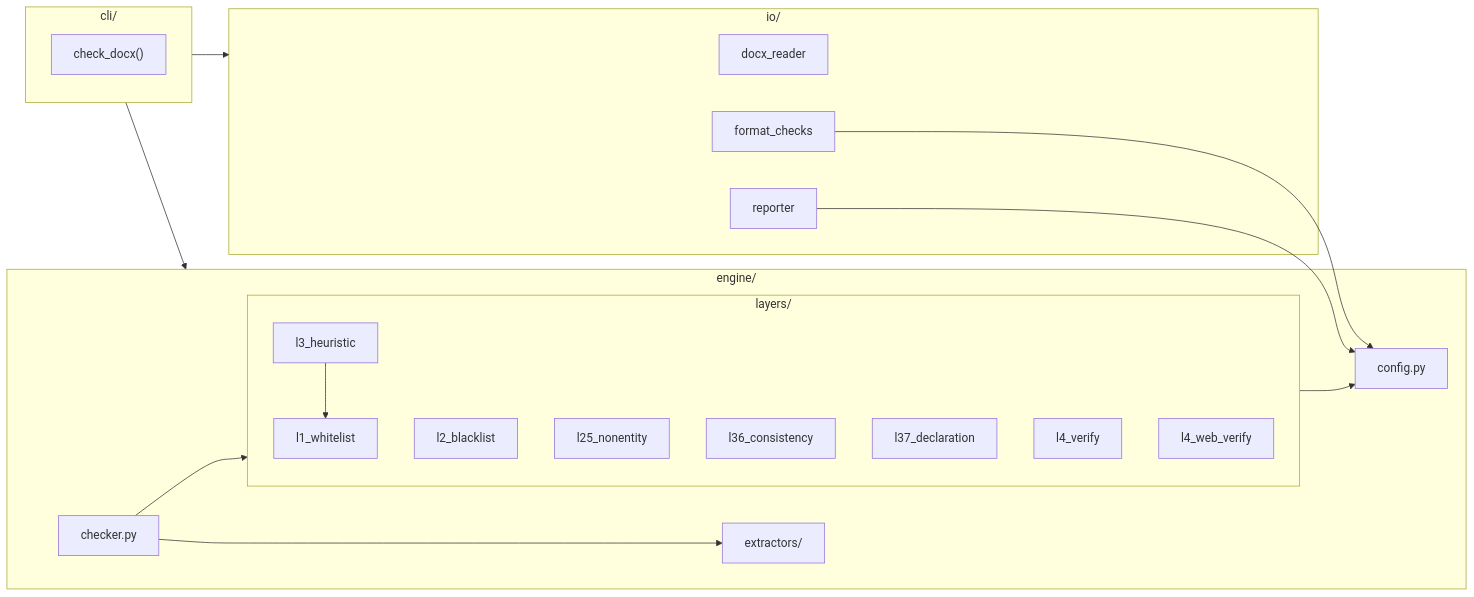
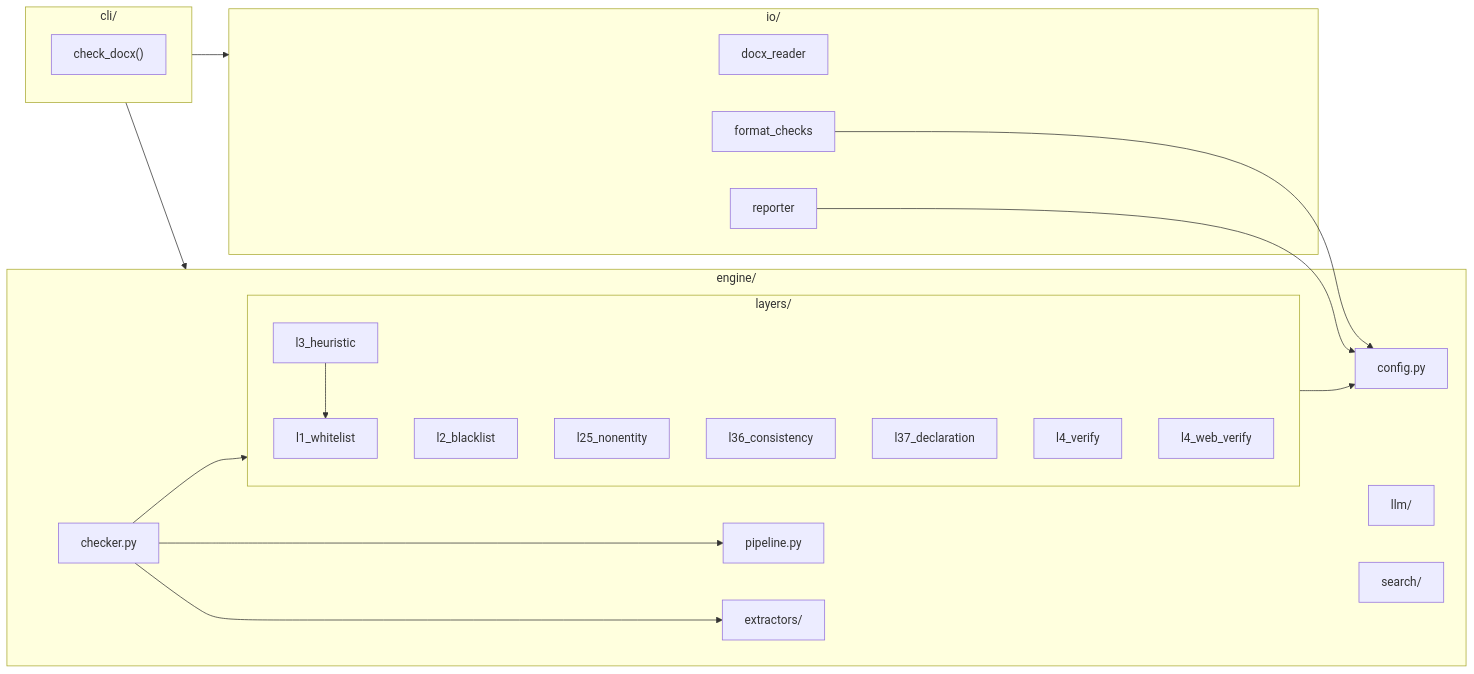
One commit to Virukicy/GEHD changed the diagram in docs/architecture.md. Above: the diagram before and after it, drawn with Mermaid. The commit also changed 3 other files, not shown here.

````diff
--- a/docs/architecture.md
+++ b/docs/architecture.md
@@ -149,37 +149,41 @@
 ```mermaid
 flowchart LR
     subgraph CLI["cli/"]
         CHECK["check_docx()"]
     end
 
     subgraph IO["io/"]
         READER["docx_reader"]
         FMT["format_checks"]
         REP["reporter"]
     end
 
     subgraph ENGINE["engine/"]
         CHK["checker.py"]
+        PIP["pipeline.py"]
         CFG["config.py"]
         EXT["extractors/"]
+        LLM["llm/"]
+        SEARCH["search/"]
         subgraph LAYERS["layers/"]
             L1["l1_whitelist"]
             L2["l2_blacklist"]
             L25["l25_nonentity"]
             L3["l3_heuristic"]
             L36["l36_consistency"]
             L37["l37_declaration"]
             L4["l4_verify"]
             L4W["l4_web_verify"]
         end
     end
 
     CLI --> IO
     CLI --> ENGINE
+    CHK --> PIP
     CHK --> EXT
     CHK --> LAYERS
     LAYERS --> CFG
     FMT --> CFG
     REP --> CFG
     L3 --> L1
 ```
````
